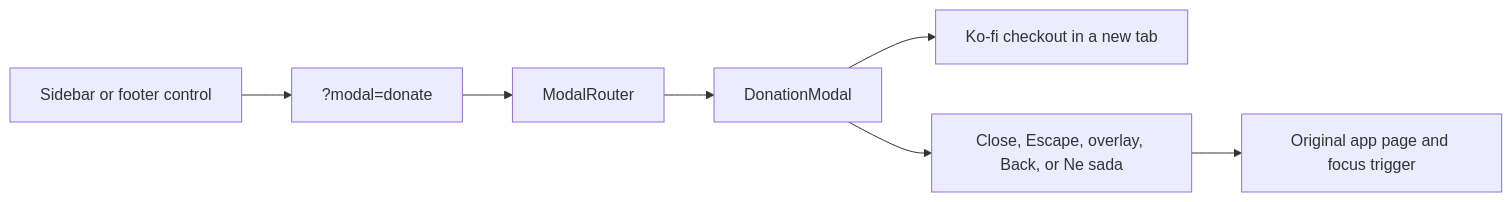
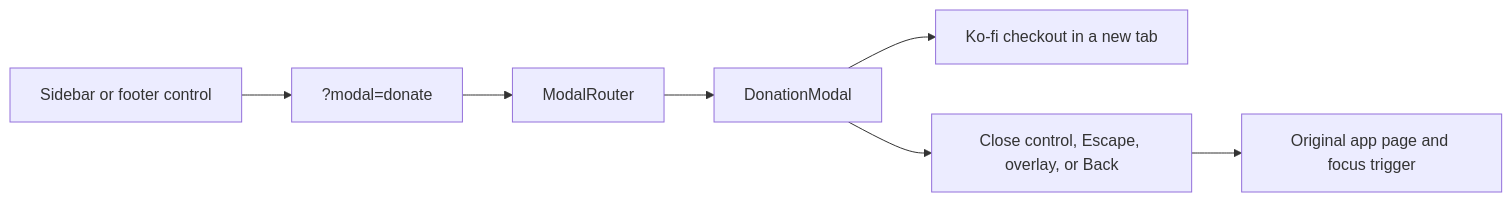
Before and after one commit to OffCrazyFreak/Disscount: the diagram in docs/SUPPORT.md, drawn with Mermaid. The commit also changed other lines of this file and 10 other files, not shown here.

````diff
--- a/docs/SUPPORT.md
+++ b/docs/SUPPORT.md
@@ -40,9 +40,9 @@
 ```mermaid
 flowchart LR
   Entry[Sidebar or footer control] --> Url[?modal=donate]
   Url --> Router[ModalRouter]
   Router --> Modal[DonationModal]
   Modal --> External[Ko-fi checkout in a new tab]
-  Modal --> Close[Close, Escape, overlay, Back, or Ne sada]
+  Modal --> Close[Close control, Escape, overlay, or Back]
   Close --> Page[Original app page and focus trigger]
 ```
````
